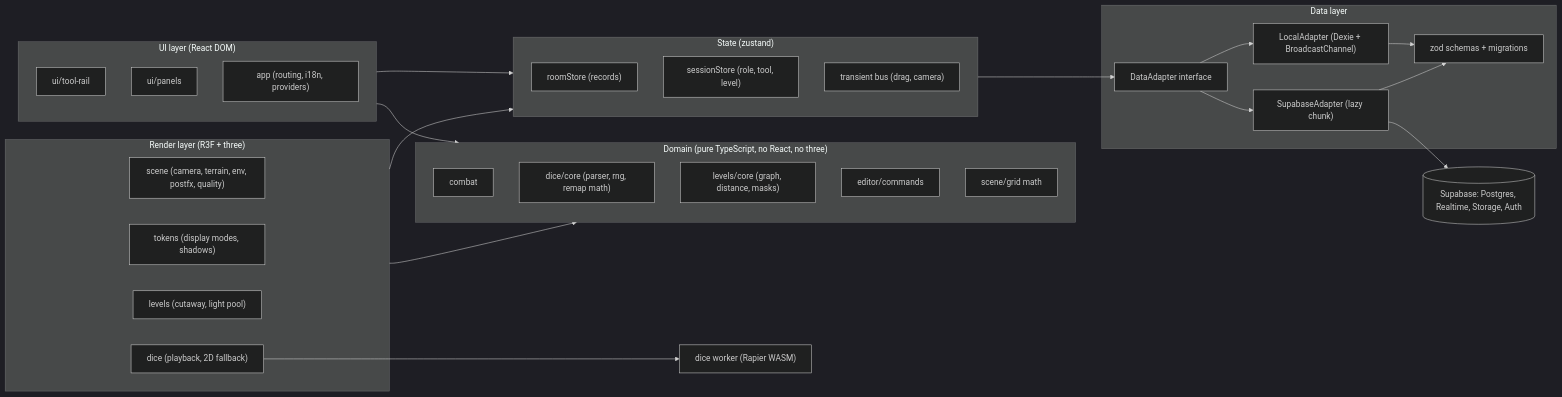
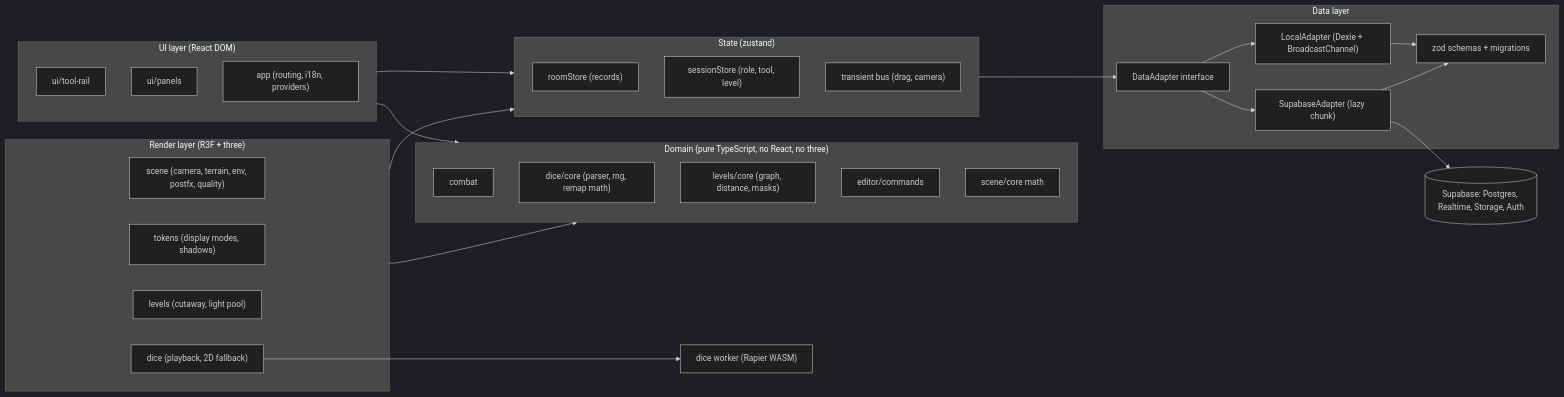
The first of 6 diagrams in Engineering.md (phuree2112/2.5D_TTRPG), drawn with Mermaid (dark theme) before and after one commit. The commit also changed other lines of this file and 56 other files, not shown here.

````diff
--- a/Engineering.md
+++ b/Engineering.md
@@ -117,51 +117,51 @@
 ```mermaid
 flowchart LR
   subgraph UI["UI layer (React DOM)"]
     rail["ui/tool-rail"]
     panels["ui/panels"]
     app["app (routing, i18n, providers)"]
   end
 
   subgraph SIM["Domain (pure TypeScript, no React, no three)"]
     combat["combat"]
     diceCore["dice/core (parser, rng, remap math)"]
     levelsCore["levels/core (graph, distance, masks)"]
     editorCore["editor/commands"]
-    grid["scene/grid math"]
+    grid["scene/core math"]
   end
 
   subgraph RENDER["Render layer (R3F + three)"]
     scene["scene (camera, terrain, env, postfx, quality)"]
     tokensR["tokens (display modes, shadows)"]
     levelsR["levels (cutaway, light pool)"]
     diceR["dice (playback, 2D fallback)"]
   end
 
   subgraph STATE["State (zustand)"]
     roomStore["roomStore (records)"]
     sessionStore["sessionStore (role, tool, level)"]
     transient["transient bus (drag, camera)"]
   end
 
   subgraph DATA["Data layer"]
     adapter["DataAdapter interface"]
     local["LocalAdapter (Dexie + BroadcastChannel)"]
     supa["SupabaseAdapter (lazy chunk)"]
     schemas["zod schemas + migrations"]
   end
 
   worker["dice worker (Rapier WASM)"]
   cloud[("Supabase: Postgres, Realtime, Storage, Auth")]
 
   UI --> STATE
   UI --> SIM
   RENDER --> STATE
   RENDER --> SIM
   STATE --> adapter
   adapter --> local
   adapter --> supa
   local --> schemas
   supa --> schemas
   supa --> cloud
   diceR --> worker
 ```
````
